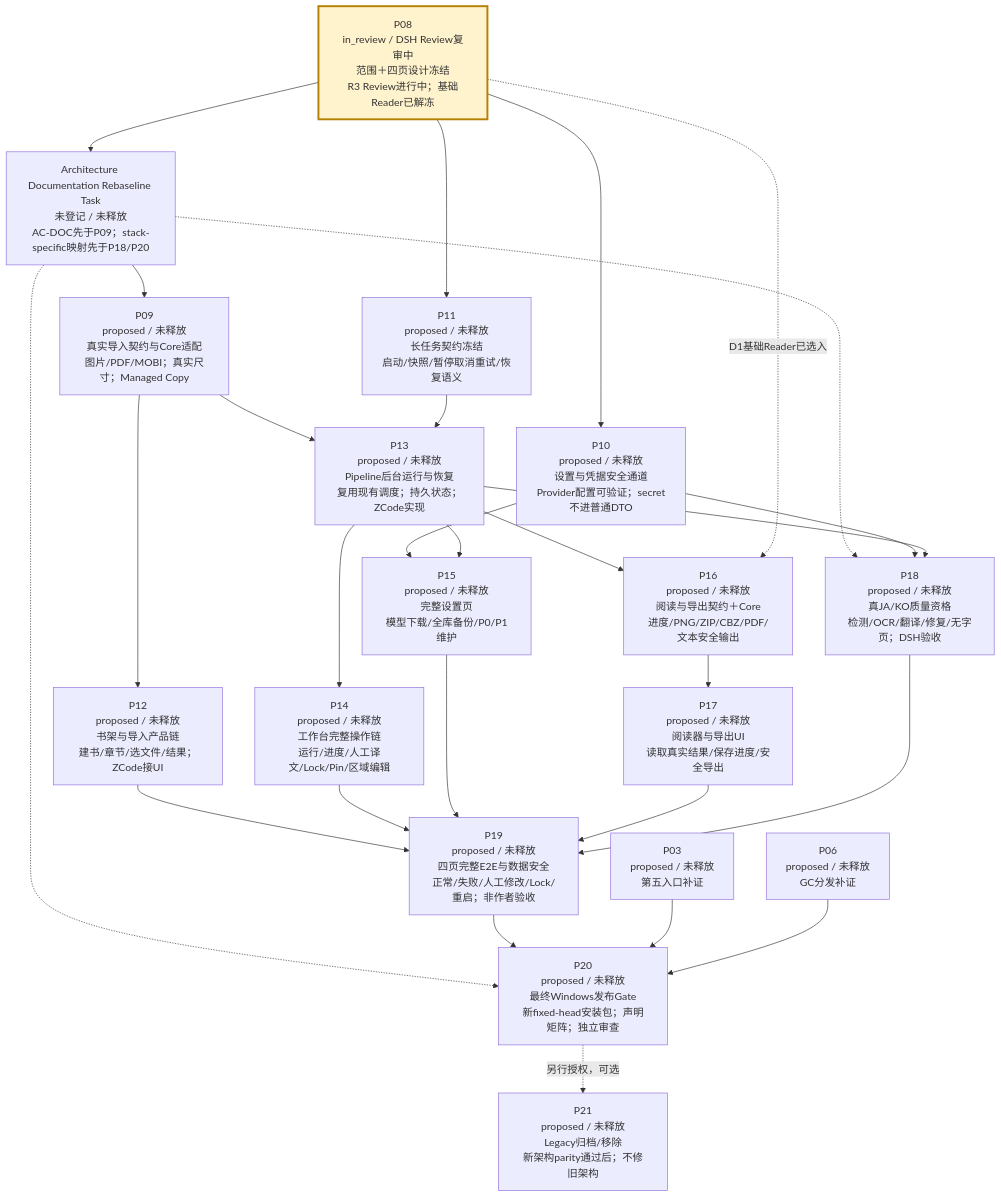
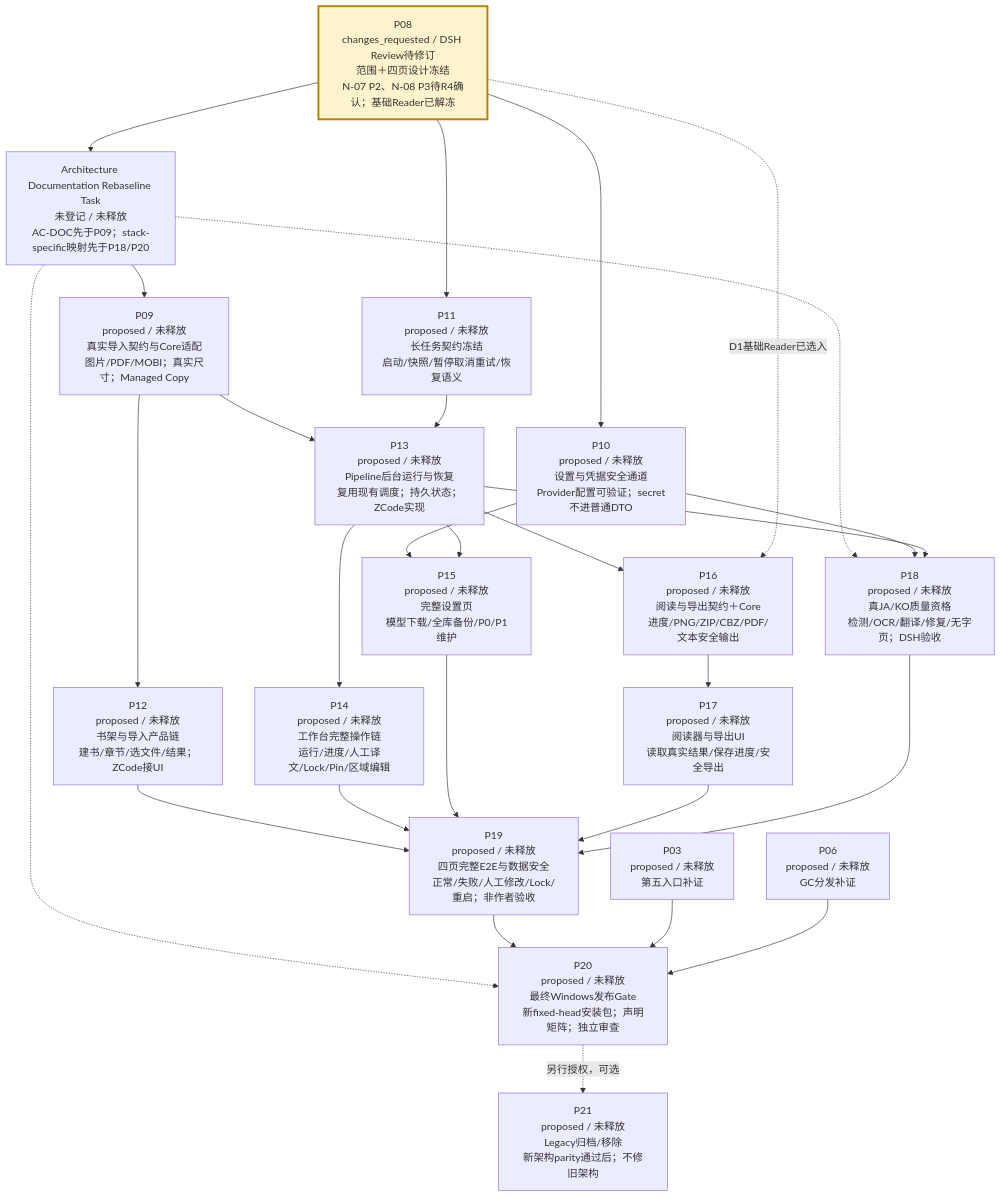
Before and after one commit to peakwheat-pixel/New-Manga: the third of 4 diagrams in verification/PROJECT-ROADMAP-20261008/ROADMAP.md, drawn with Mermaid. The commit also changed other lines of this file and 14 other files, not shown here.

````diff
--- a/verification/PROJECT-ROADMAP-20261008/ROADMAP.md
+++ b/verification/PROJECT-ROADMAP-20261008/ROADMAP.md
@@ -47,30 +47,30 @@
 ```mermaid
 flowchart TB
-  P08["P08<br/>in_review / DSH Review复审中<br/>范围＋四页设计冻结<br/>R3 Review进行中；基础Reader已解冻"] --> ARCHDOC["Architecture Documentation Rebaseline Task<br/>未登记 / 未释放<br/>AC-DOC先于P09；stack-specific映射先于P18/P20"]
+  P08["P08<br/>changes_requested / DSH Review待修订<br/>范围＋四页设计冻结<br/>N-07 P2、N-08 P3待R4确认；基础Reader已解冻"] --> ARCHDOC["Architecture Documentation Rebaseline Task<br/>未登记 / 未释放<br/>AC-DOC先于P09；stack-specific映射先于P18/P20"]
   ARCHDOC --> P09["P09<br/>proposed / 未释放<br/>真实导入契约与Core适配<br/>图片/PDF/MOBI；真实尺寸；Managed Copy"]
   ARCHDOC -.-> P18
   ARCHDOC -.-> P20
   P08 --> P10["P10<br/>proposed / 未释放<br/>设置与凭据安全通道<br/>Provider配置可验证；secret不进普通DTO"]
   P08 --> P11["P11<br/>proposed / 未释放<br/>长任务契约冻结<br/>启动/快照/暂停取消重试/恢复语义"]
   P09 --> P12["P12<br/>proposed / 未释放<br/>书架与导入产品链<br/>建书/章节/选文件/结果；ZCode接UI"]
   P09 --> P13["P13<br/>proposed / 未释放<br/>Pipeline后台运行与恢复<br/>复用现有调度；持久状态；ZCode实现"]
   P11 --> P13
   P13 --> P14["P14<br/>proposed / 未释放<br/>工作台完整操作链<br/>运行/进度/人工译文/Lock/Pin/区域编辑"]
   P10 --> P15["P15<br/>proposed / 未释放<br/>完整设置页<br/>模型下载/全库备份/P0/P1维护"]
   P13 --> P15
   P13 --> P16["P16<br/>proposed / 未释放<br/>阅读与导出契约＋Core<br/>进度/PNG/ZIP/CBZ/PDF/文本安全输出"]
   P08 -. "D1基础Reader已选入" .-> P16
   P16 --> P17["P17<br/>proposed / 未释放<br/>阅读器与导出UI<br/>读取真实结果/保存进度/安全导出"]
   P10 --> P18["P18<br/>proposed / 未释放<br/>真JA/KO质量资格<br/>检测/OCR/翻译/修复/无字页；DSH验收"]
   P13 --> P18
   P12 --> P19["P19<br/>proposed / 未释放<br/>四页完整E2E与数据安全<br/>正常/失败/人工修改/Lock/重启；非作者验收"]
   P14 --> P19
   P15 --> P19
   P17 --> P19
   P18 --> P19
   P19 --> P20["P20<br/>proposed / 未释放<br/>最终Windows发布Gate<br/>新fixed-head安装包；声明矩阵；独立审查"]
   P03["P03<br/>proposed / 未释放<br/>第五入口补证"] --> P20
   P06["P06<br/>proposed / 未释放<br/>GC分发补证"] --> P20
   P20 -. "另行授权，可选" .-> P21["P21<br/>proposed / 未释放<br/>Legacy归档/移除<br/>新架构parity通过后；不修旧架构"]
   style P08 fill:#fff3cd,stroke:#b58105,stroke-width:3px
 ```
````
